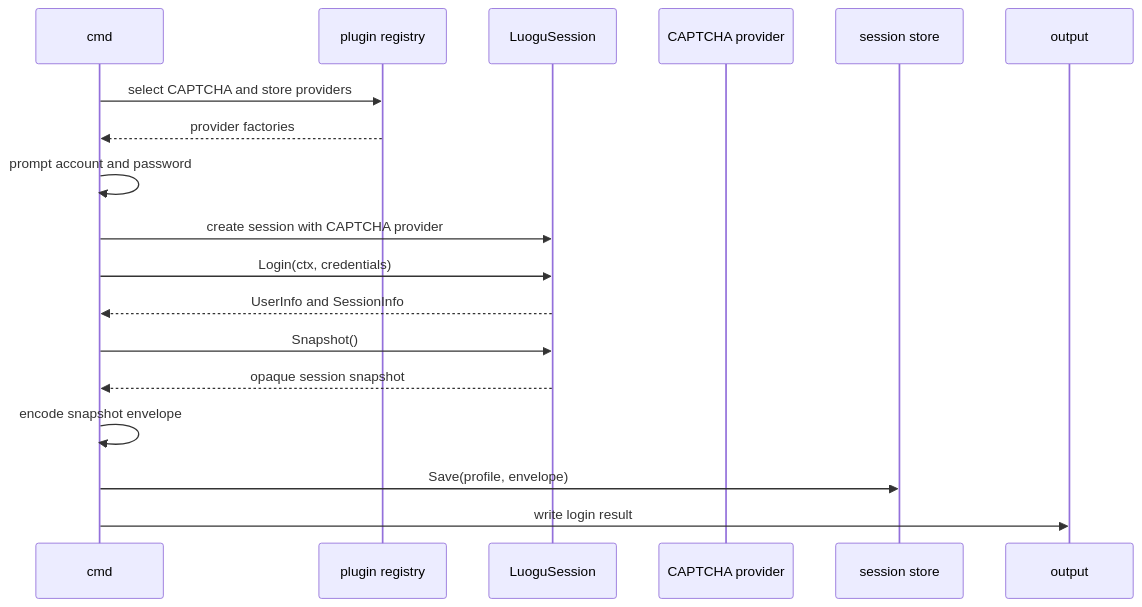
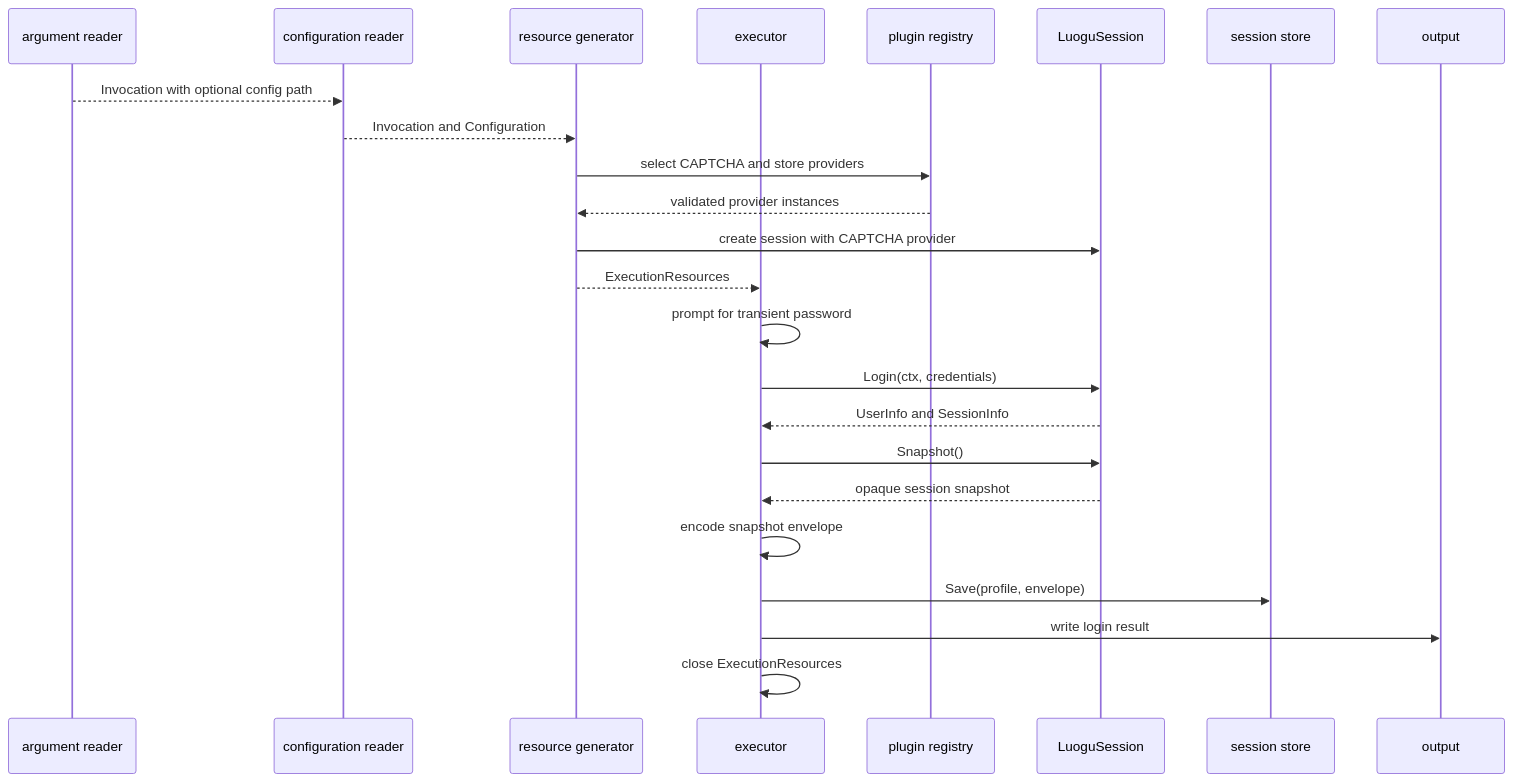
One commit to haomingbai/lgc changed the fourth of 5 diagrams in docs/design/cmd.md. Above: the diagram before and after it, drawn with Mermaid. The commit also changed other lines of this file and 1 other file, not shown here.

````diff
--- a/docs/design/cmd.md
+++ b/docs/design/cmd.md
@@ -143,21 +261,27 @@
 ```mermaid
 sequenceDiagram
-    participant C as cmd
+    participant A as argument reader
+    participant C as configuration reader
+    participant G as resource generator
+    participant E as executor
     participant P as plugin registry
     participant S as LuoguSession
-    participant A as CAPTCHA provider
     participant T as session store
     participant O as output
 
-    C->>P: select CAPTCHA and store providers
-    P-->>C: provider factories
-    C->>C: prompt account and password
-    C->>S: create session with CAPTCHA provider
-    C->>S: Login(ctx, credentials)
-    S-->>C: UserInfo and SessionInfo
-    C->>S: Snapshot()
-    S-->>C: opaque session snapshot
-    C->>C: encode snapshot envelope
-    C->>T: Save(profile, envelope)
-    C->>O: write login result
+    A-->>C: Invocation with optional config path
+    C-->>G: Invocation and Configuration
+    G->>P: select CAPTCHA and store providers
+    P-->>G: validated provider instances
+    G->>S: create session with CAPTCHA provider
+    G-->>E: ExecutionResources
+    E->>E: prompt for transient password
+    E->>S: Login(ctx, credentials)
+    S-->>E: UserInfo and SessionInfo
+    E->>S: Snapshot()
+    S-->>E: opaque session snapshot
+    E->>E: encode snapshot envelope
+    E->>T: Save(profile, envelope)
+    E->>O: write login result
+    E->>E: close ExecutionResources
 ```
````
